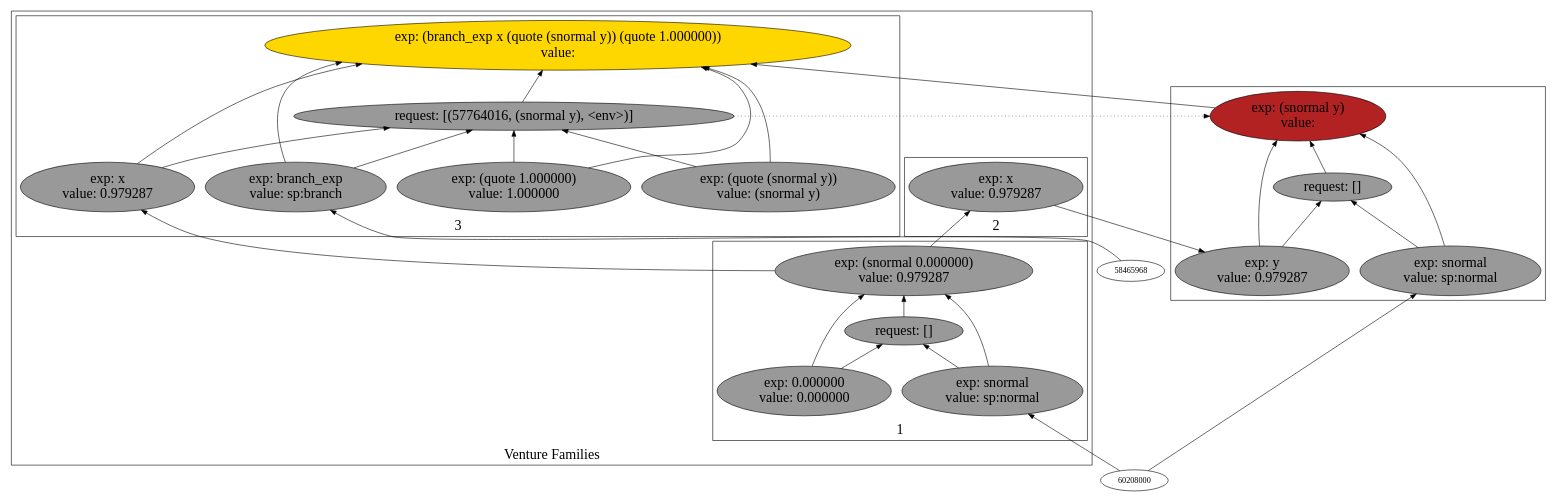
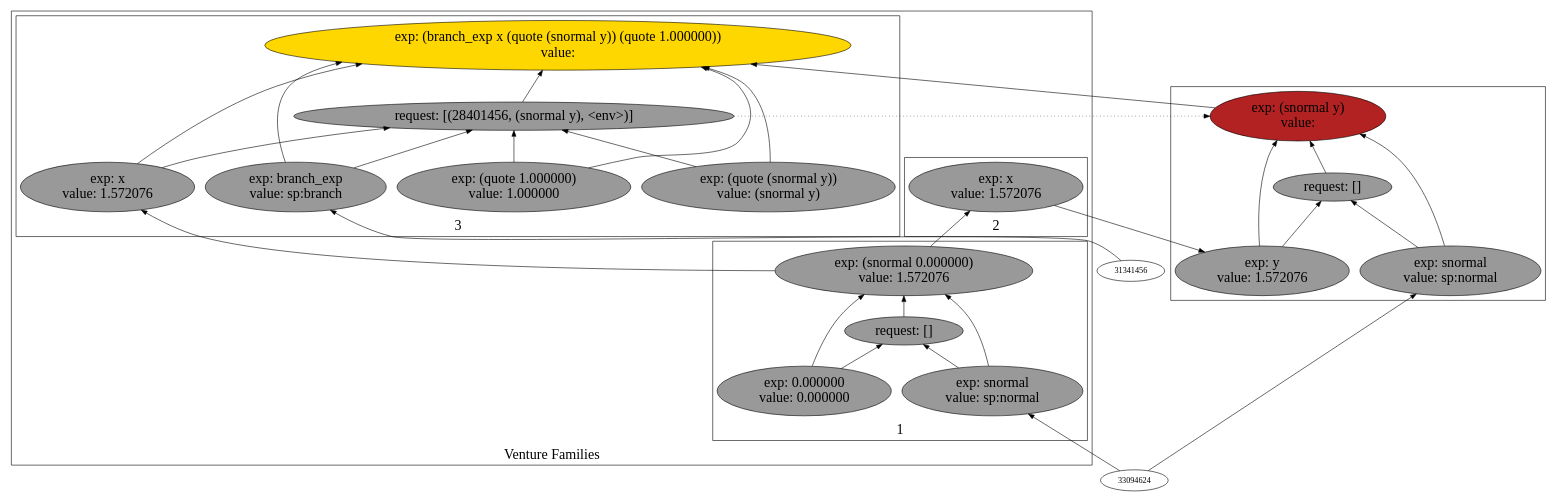
One commit to probcomp/Venturecxx changed the diagram in backend/cxx/graphs/regen_to_eval_to_regen/dot13.dot. Above: the diagram before and after it, drawn with Graphviz. The commit also changed 303 other files, not shown here.

Commit message:
Added a script to generate schematics

```diff
--- a/backend/cxx/graphs/regen_to_eval_to_regen/dot13.dot
+++ b/backend/cxx/graphs/regen_to_eval_to_regen/dot13.dot
@@ -1,67 +1,67 @@
 digraph {
 rankdir=BT
 fontsize=24
 subgraph cluster1 {
 label="Venture Families"
 subgraph cluster2 {
 label="1"
-"60085760"["fillcolor"="grey60" "fontsize"="24" "label"="exp: (snormal 0.000000)\nvalue: 0.979287" "shape"="ellipse" "style"="filled" ]
-"60248128"["fillcolor"="grey60" "fontsize"="24" "label"="request: []" "shape"="ellipse" "style"="filled" ]
-"60205760"["fillcolor"="grey60" "fontsize"="24" "label"="exp: snormal\nvalue: sp:normal" "shape"="ellipse" "style"="filled" ]
-"57853120"["fillcolor"="grey60" "fontsize"="24" "label"="exp: 0.000000\nvalue: 0.000000" "shape"="ellipse" "style"="filled" ]
+"33146560"["fillcolor"="grey60" "fontsize"="24" "label"="exp: (snormal 0.000000)\nvalue: 1.572076" "shape"="ellipse" "style"="filled" ]
+"33121808"["fillcolor"="grey60" "fontsize"="24" "label"="request: []" "shape"="ellipse" "style"="filled" ]
+"31197024"["fillcolor"="grey60" "fontsize"="24" "label"="exp: snormal\nvalue: sp:normal" "shape"="ellipse" "style"="filled" ]
+"32104320"["fillcolor"="grey60" "fontsize"="24" "label"="exp: 0.000000\nvalue: 0.000000" "shape"="ellipse" "style"="filled" ]
 }
 
 subgraph cluster3 {
 label="2"
-"57964800"["fillcolor"="grey60" "fontsize"="24" "label"="exp: x\nvalue: 0.979287" "shape"="ellipse" "style"="filled" ]
+"31366272"["fillcolor"="grey60" "fontsize"="24" "label"="exp: x\nvalue: 1.572076" "shape"="ellipse" "style"="filled" ]
 }
 
 subgraph cluster4 {
 label="3"
-"53085776"["fillcolor"="gold" "fontsize"="24" "label"="exp: (branch_exp x (quote (snormal y)) (quote 1.000000))\nvalue: " "shape"="ellipse" "style"="filled" ]
-"57764016"["fillcolor"="grey60" "fontsize"="24" "label"="request: [(57764016, (snormal y), <env>)]" "shape"="ellipse" "style"="filled" ]
-"48783584"["fillcolor"="grey60" "fontsize"="24" "label"="exp: branch_exp\nvalue: sp:branch" "shape"="ellipse" "style"="filled" ]
-"53080768"["fillcolor"="grey60" "fontsize"="24" "label"="exp: x\nvalue: 0.979287" "shape"="ellipse" "style"="filled" ]
-"54608032"["fillcolor"="grey60" "fontsize"="24" "label"="exp: (quote (snormal y))\nvalue: (snormal y)" "shape"="ellipse" "style"="filled" ]
-"55036928"["fillcolor"="grey60" "fontsize"="24" "label"="exp: (quote 1.000000)\nvalue: 1.000000" "shape"="ellipse" "style"="filled" ]
+"26832768"["fillcolor"="gold" "fontsize"="24" "label"="exp: (branch_exp x (quote (snormal y)) (quote 1.000000))\nvalue: " "shape"="ellipse" "style"="filled" ]
+"28401456"["fillcolor"="grey60" "fontsize"="24" "label"="request: [(28401456, (snormal y), <env>)]" "shape"="ellipse" "style"="filled" ]
+"26820352"["fillcolor"="grey60" "fontsize"="24" "label"="exp: branch_exp\nvalue: sp:branch" "shape"="ellipse" "style"="filled" ]
+"26358576"["fillcolor"="grey60" "fontsize"="24" "label"="exp: x\nvalue: 1.572076" "shape"="ellipse" "style"="filled" ]
+"25906208"["fillcolor"="grey60" "fontsize"="24" "label"="exp: (quote (snormal y))\nvalue: (snormal y)" "shape"="ellipse" "style"="filled" ]
+"26343136"["fillcolor"="grey60" "fontsize"="24" "label"="exp: (quote 1.000000)\nvalue: 1.000000" "shape"="ellipse" "style"="filled" ]
 }
 
 }
 
 subgraph cluster5 {
 label=""
-"55978896"["fillcolor"="firebrick" "fontsize"="24" "label"="exp: (snormal y)\nvalue: " "shape"="ellipse" "style"="filled" ]
-"55107072"["fillcolor"="grey60" "fontsize"="24" "label"="request: []" "shape"="ellipse" "style"="filled" ]
-"53296304"["fillcolor"="grey60" "fontsize"="24" "label"="exp: snormal\nvalue: sp:normal" "shape"="ellipse" "style"="filled" ]
-"52404240"["fillcolor"="grey60" "fontsize"="24" "label"="exp: y\nvalue: 0.979287" "shape"="ellipse" "style"="filled" ]
+"23848704"["fillcolor"="firebrick" "fontsize"="24" "label"="exp: (snormal y)\nvalue: " "shape"="ellipse" "style"="filled" ]
+"26546816"["fillcolor"="grey60" "fontsize"="24" "label"="request: []" "shape"="ellipse" "style"="filled" ]
+"26573984"["fillcolor"="grey60" "fontsize"="24" "label"="exp: snormal\nvalue: sp:normal" "shape"="ellipse" "style"="filled" ]
+"26371472"["fillcolor"="grey60" "fontsize"="24" "label"="exp: y\nvalue: 1.572076" "shape"="ellipse" "style"="filled" ]
 }
 
-"48783584" -> "53085776"["arrowhead"="normal" "color"="black" "constraint"="true" "style"="solid" ]
-"48783584" -> "57764016"["arrowhead"="normal" "color"="black" "constraint"="true" "style"="solid" ]
-"58465968" -> "48783584"["arrowhead"="normal" "color"="black" "constraint"="true" "style"="solid" ]
-"53080768" -> "53085776"["arrowhead"="normal" "color"="black" "constraint"="true" "style"="solid" ]
-"53080768" -> "57764016"["arrowhead"="normal" "color"="black" "constraint"="true" "style"="solid" ]
-"60085760" -> "53080768"["arrowhead"="normal" "color"="black" "constraint"="true" "style"="solid" ]
-"54608032" -> "53085776"["arrowhead"="normal" "color"="black" "constraint"="true" "style"="solid" ]
-"54608032" -> "57764016"["arrowhead"="normal" "color"="black" "constraint"="true" "style"="solid" ]
-"55036928" -> "53085776"["arrowhead"="normal" "color"="black" "constraint"="true" "style"="solid" ]
-"55036928" -> "57764016"["arrowhead"="normal" "color"="black" "constraint"="true" "style"="solid" ]
-"57764016" -> "53085776"["arrowhead"="normal" "color"="black" "constraint"="true" "style"="solid" ]
-"55978896" -> "53085776"["arrowhead"="normal" "color"="black" "constraint"="true" "style"="solid" ]
-"57764016" -> "55978896"["arrowhead"="normal" "color"="black" "constraint"="false" "style"="dotted" ]
-"53296304" -> "55978896"["arrowhead"="normal" "color"="black" "constraint"="true" "style"="solid" ]
-"53296304" -> "55107072"["arrowhead"="normal" "color"="black" "constraint"="true" "style"="solid" ]
-"60208000" -> "53296304"["arrowhead"="normal" "color"="black" "constraint"="true" "style"="solid" ]
-"52404240" -> "55978896"["arrowhead"="normal" "color"="black" "constraint"="true" "style"="solid" ]
-"52404240" -> "55107072"["arrowhead"="normal" "color"="black" "constraint"="true" "style"="solid" ]
-"57964800" -> "52404240"["arrowhead"="normal" "color"="black" "constraint"="true" "style"="solid" ]
-"55107072" -> "55978896"["arrowhead"="normal" "color"="black" "constraint"="true" "style"="solid" ]
-"60085760" -> "57964800"["arrowhead"="normal" "color"="black" "constraint"="true" "style"="solid" ]
-"60205760" -> "60085760"["arrowhead"="normal" "color"="black" "constraint"="true" "style"="solid" ]
-"60205760" -> "60248128"["arrowhead"="normal" "color"="black" "constraint"="true" "style"="solid" ]
-"60208000" -> "60205760"["arrowhead"="normal" "color"="black" "constraint"="true" "style"="solid" ]
-"57853120" -> "60085760"["arrowhead"="normal" "color"="black" "constraint"="true" "style"="solid" ]
-"57853120" -> "60248128"["arrowhead"="normal" "color"="black" "constraint"="true" "style"="solid" ]
-"60248128" -> "60085760"["arrowhead"="normal" "color"="black" "constraint"="true" "style"="solid" ]
+"26573984" -> "23848704"["arrowhead"="normal" "color"="black" "constraint"="true" "style"="solid" ]
+"26573984" -> "26546816"["arrowhead"="normal" "color"="black" "constraint"="true" "style"="solid" ]
+"33094624" -> "26573984"["arrowhead"="normal" "color"="black" "constraint"="true" "style"="solid" ]
+"26371472" -> "23848704"["arrowhead"="normal" "color"="black" "constraint"="true" "style"="solid" ]
+"26371472" -> "26546816"["arrowhead"="normal" "color"="black" "constraint"="true" "style"="solid" ]
+"31366272" -> "26371472"["arrowhead"="normal" "color"="black" "constraint"="true" "style"="solid" ]
+"26546816" -> "23848704"["arrowhead"="normal" "color"="black" "constraint"="true" "style"="solid" ]
+"26820352" -> "26832768"["arrowhead"="normal" "color"="black" "constraint"="true" "style"="solid" ]
+"26820352" -> "28401456"["arrowhead"="normal" "color"="black" "constraint"="true" "style"="solid" ]
+"31341456" -> "26820352"["arrowhead"="normal" "color"="black" "constraint"="true" "style"="solid" ]
+"26358576" -> "26832768"["arrowhead"="normal" "color"="black" "constraint"="true" "style"="solid" ]
+"26358576" -> "28401456"["arrowhead"="normal" "color"="black" "constraint"="true" "style"="solid" ]
+"33146560" -> "26358576"["arrowhead"="normal" "color"="black" "constraint"="true" "style"="solid" ]
+"25906208" -> "26832768"["arrowhead"="normal" "color"="black" "constraint"="true" "style"="solid" ]
+"25906208" -> "28401456"["arrowhead"="normal" "color"="black" "constraint"="true" "style"="solid" ]
+"26343136" -> "26832768"["arrowhead"="normal" "color"="black" "constraint"="true" "style"="solid" ]
+"26343136" -> "28401456"["arrowhead"="normal" "color"="black" "constraint"="true" "style"="solid" ]
+"28401456" -> "26832768"["arrowhead"="normal" "color"="black" "constraint"="true" "style"="solid" ]
+"23848704" -> "26832768"["arrowhead"="normal" "color"="black" "constraint"="true" "style"="solid" ]
+"28401456" -> "23848704"["arrowhead"="normal" "color"="black" "constraint"="false" "style"="dotted" ]
+"33146560" -> "31366272"["arrowhead"="normal" "color"="black" "constraint"="true" "style"="solid" ]
+"31197024" -> "33146560"["arrowhead"="normal" "color"="black" "constraint"="true" "style"="solid" ]
+"31197024" -> "33121808"["arrowhead"="normal" "color"="black" "constraint"="true" "style"="solid" ]
+"33094624" -> "31197024"["arrowhead"="normal" "color"="black" "constraint"="true" "style"="solid" ]
+"32104320" -> "33146560"["arrowhead"="normal" "color"="black" "constraint"="true" "style"="solid" ]
+"32104320" -> "33121808"["arrowhead"="normal" "color"="black" "constraint"="true" "style"="solid" ]
+"33121808" -> "33146560"["arrowhead"="normal" "color"="black" "constraint"="true" "style"="solid" ]
 
 }
```
